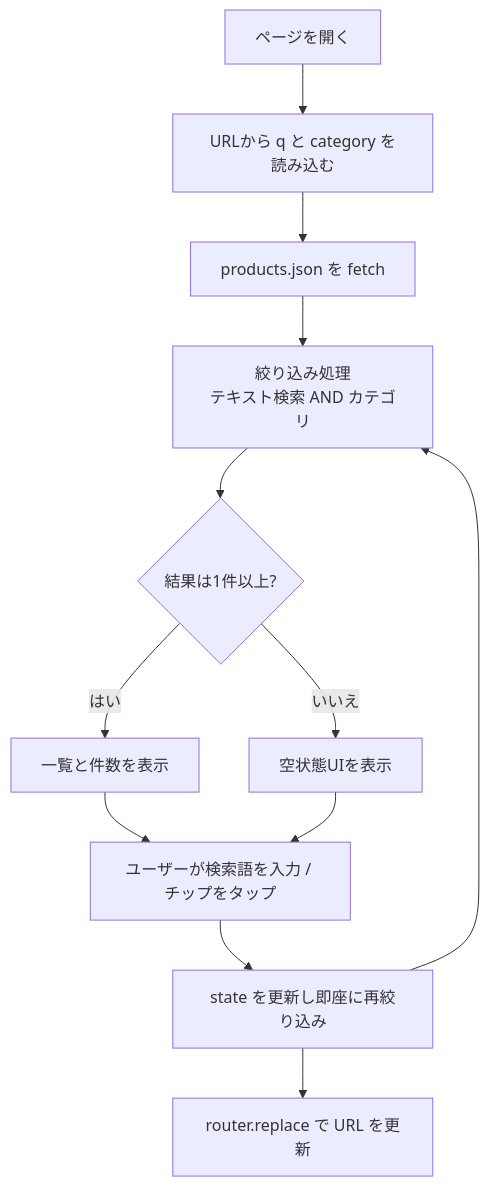
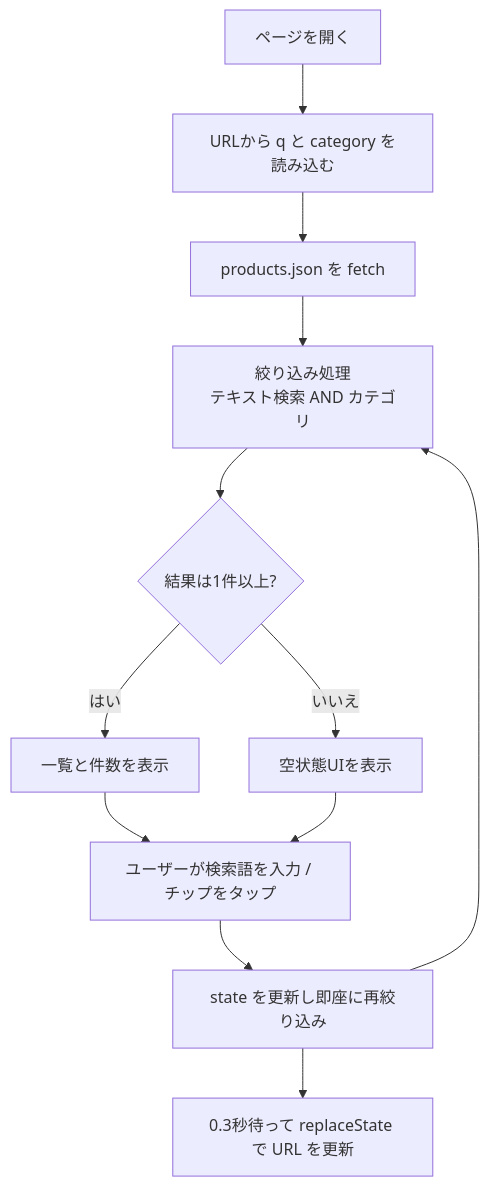
Before and after one commit to kasiyuha9528/search-filter: the diagram in README.md, drawn with Mermaid. The commit also changed other lines of this file and 5 other files, not shown here.

````diff
--- a/README.md
+++ b/README.md
@@ -75,14 +75,14 @@
 ```mermaid
 flowchart TD
     A[ページを開く] --> B[URLから q と category を読み込む]
     B --> C[products.json を fetch]
     C --> D[絞り込み処理<br/>テキスト検索 AND カテゴリ]
     D --> E{結果は1件以上?}
     E -- はい --> F[一覧と件数を表示]
     E -- いいえ --> G[空状態UIを表示]
     F --> H[ユーザーが検索語を入力 / チップをタップ]
     G --> H
     H --> I[state を更新し即座に再絞り込み]
-    I --> J[router.replace で URL を更新]
+    I --> J[0.3秒待って replaceState で URL を更新]
     I --> D
 ```
````
